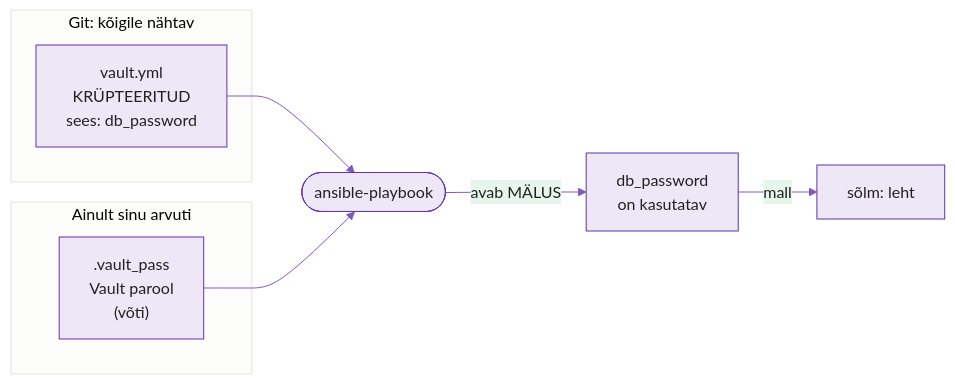
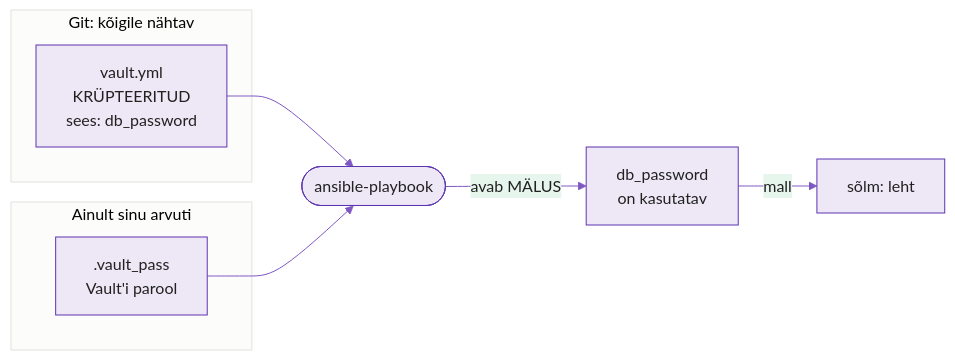
The sixth of 11 diagrams in docs/week04/lab.md (hkhk-automation/devops), drawn with Mermaid before and after one commit. The commit also changed other lines of this file and 16 other files, not shown here.

````diff
--- a/docs/week04/lab.md
+++ b/docs/week04/lab.md
@@ -475,14 +465,14 @@
 ```mermaid
 %%{init: {'theme':'base','themeVariables':{'primaryColor':'#ede7f6','primaryBorderColor':'#5e35b1','primaryTextColor':'#212121','lineColor':'#7e57c2'}}}%%
 graph LR
     subgraph G["Git: kõigile nähtav"]
         V["vault.yml<br/>KRÜPTEERITUD<br/>sees: db_password"]
     end
     subgraph L["Ainult sinu arvuti"]
-        K[".vault_pass<br/>Vault parool<br/>(võti)"]
+        K[".vault_pass<br/>Vault'i parool"]
     end
     V --> A(["ansible-playbook"])
     K --> A
     A -->|"avab MÄLUS"| M["db_password<br/>on kasutatav"]
     M -->|"mall"| S["sõlm: leht"]
 ```
````
